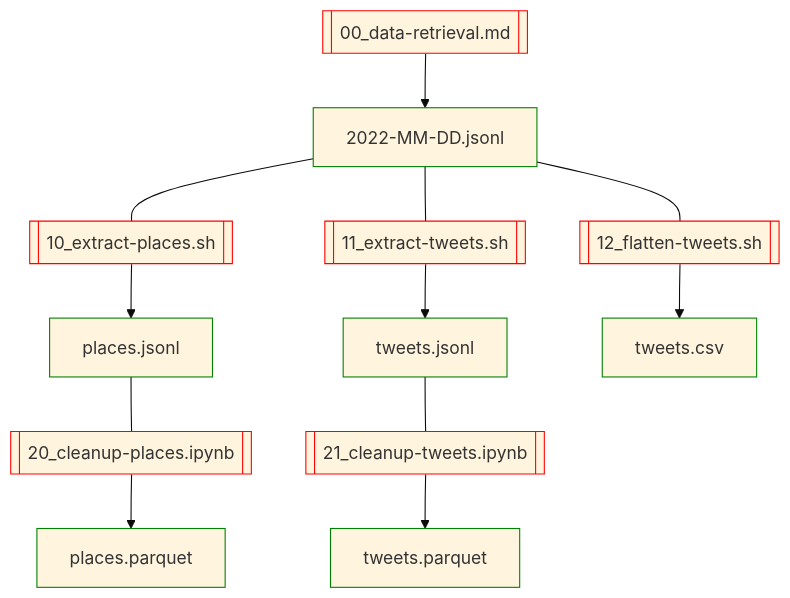
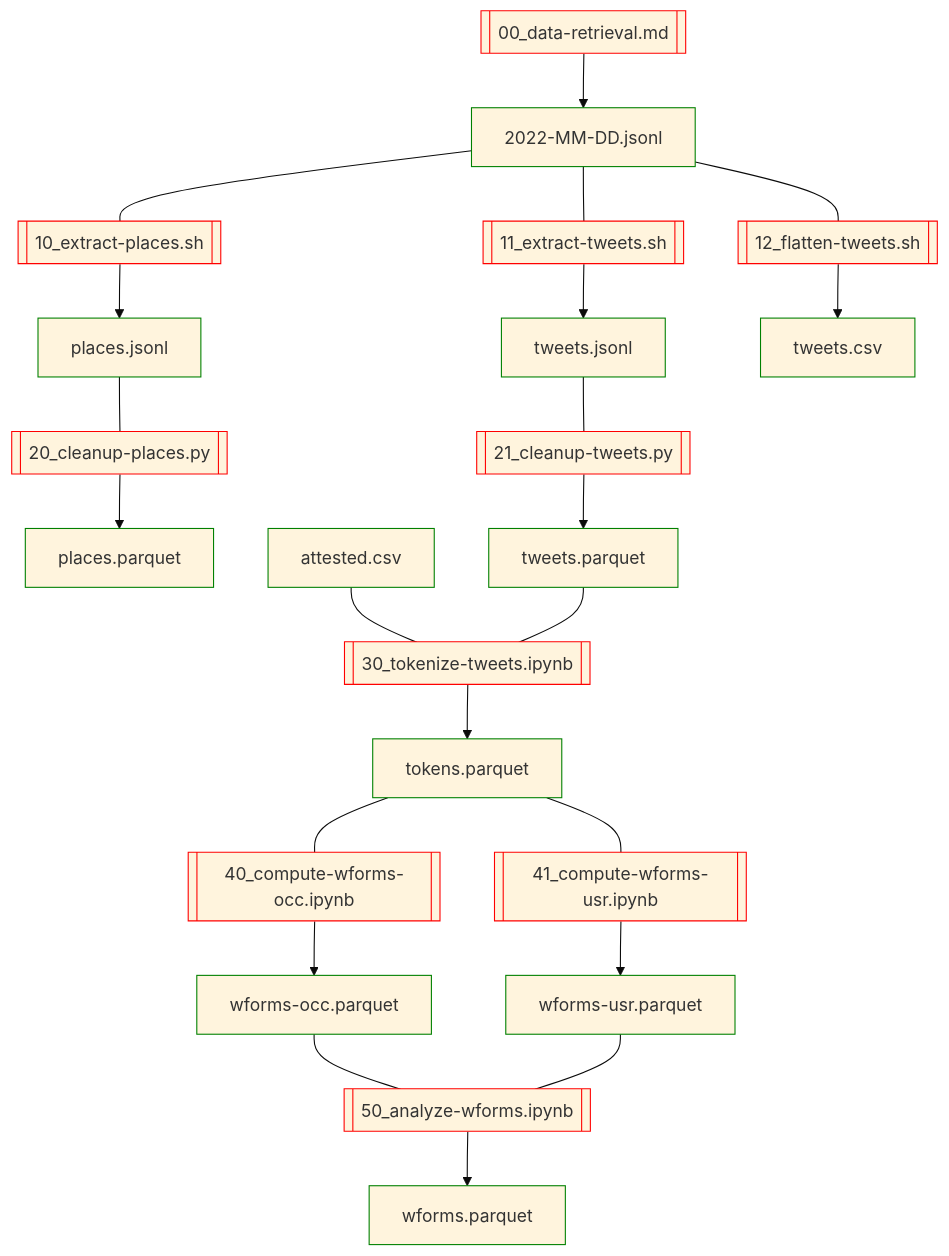
Before and after one commit to breviloquia-italica/pipeline: the diagram in README.md, drawn with Mermaid (base theme). The commit also changed 11 other files, not shown here.

````diff
--- a/README.md
+++ b/README.md
@@ -3,21 +3,35 @@
 ```mermaid
 flowchart TD;
 
 00[[00_data-retrieval.md]]:::code;
 00 --> 2022-MM-DD.jsonl:::data;
 
 10[[10_extract-places.sh]]:::code;
 11[[11_extract-tweets.sh]]:::code;
 12[[12_flatten-tweets.sh]]:::code;
 2022-MM-DD.jsonl --- 10 --> places.jsonl:::data;
 2022-MM-DD.jsonl --- 11 --> tweets.jsonl:::data;
 2022-MM-DD.jsonl --- 12 --> tweets.csv:::data;
 
-20[[20_cleanup-places.ipynb]]:::code;
-21[[21_cleanup-tweets.ipynb]]:::code;
+20[[20_cleanup-places.py]]:::code;
+21[[21_cleanup-tweets.py]]:::code;
 places.jsonl --- 20 --> places.parquet:::data;
 tweets.jsonl --- 21 --> tweets.parquet:::data;
+
+30[[30_tokenize-tweets.ipynb]]:::code;
+attested.csv:::data --- 30;
+tweets.parquet --- 30 --> tokens.parquet:::data;
+
+40[[40_compute-wforms-occ.ipynb]]:::code;
+tokens.parquet --- 40 --> wforms-occ.parquet:::data;
+
+41[[41_compute-wforms-usr.ipynb]]:::code;
+tokens.parquet --- 41 --> wforms-usr.parquet:::data;
+
+50[[50_analyze-wforms.ipynb]]:::code;
+wforms-occ.parquet --- 50;
+wforms-usr.parquet --- 50 --> wforms.parquet:::data;
 
 classDef code stroke:red;
 classDef data stroke:green;
 ```
````
